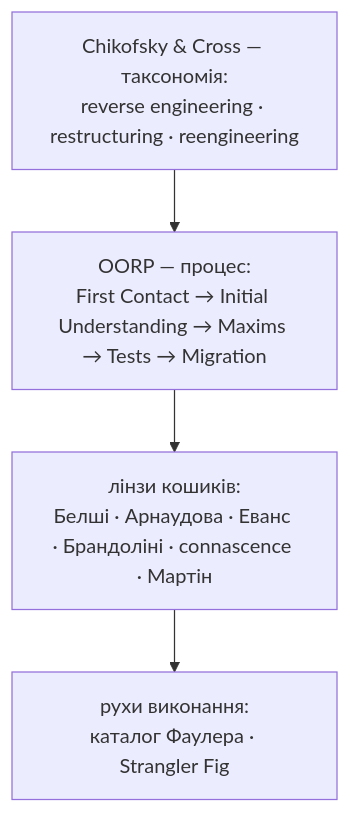
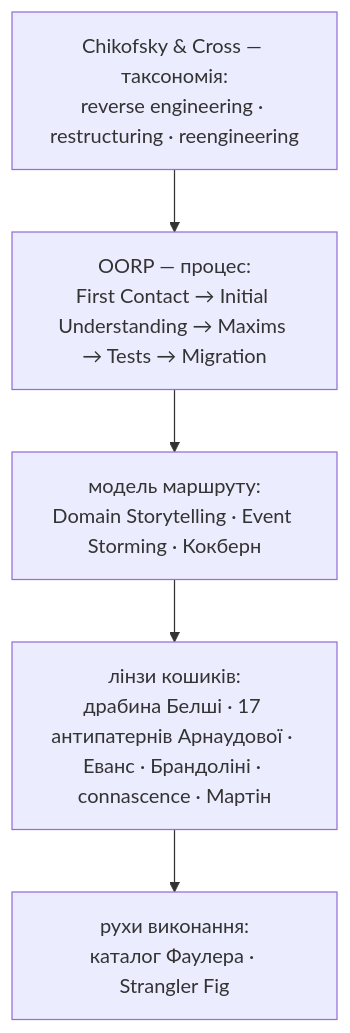
The first of 3 diagrams in README.md (romxnb/restrukt), drawn with Mermaid before and after one commit. The commit also changed other lines of this file and 15 other files, not shown here.

Commit message:
Звірка історії з кодом: крок несе зараз → стане, кошики як види розбіжності, контексти з історій, DoD, драбина Белші, антипатерни Арнаудової, mermaid у плані; Codex-шар

````diff
--- a/README.md
+++ b/README.md
@@ -5,7 +5,8 @@
 ```mermaid
 flowchart TB
   T[Chikofsky & Cross — таксономія:<br/>reverse engineering · restructuring · reengineering] --> P
-  P[OORP — процес:<br/>First Contact → Initial Understanding → Maxims → Tests → Migration] --> L
-  L[лінзи кошиків:<br/>Белші · Арнаудова · Еванс · Брандоліні · connascence · Мартін] --> M
+  P[OORP — процес:<br/>First Contact → Initial Understanding → Maxims → Tests → Migration] --> D
+  D[модель маршруту:<br/>Domain Storytelling · Event Storming · Кокберн] --> L
+  L[лінзи кошиків:<br/>драбина Белші · 17 антипатернів Арнаудової · Еванс · Брандоліні · connascence · Мартін] --> M
   M[рухи виконання:<br/>каталог Фаулера · Strangler Fig]
 ```
````
